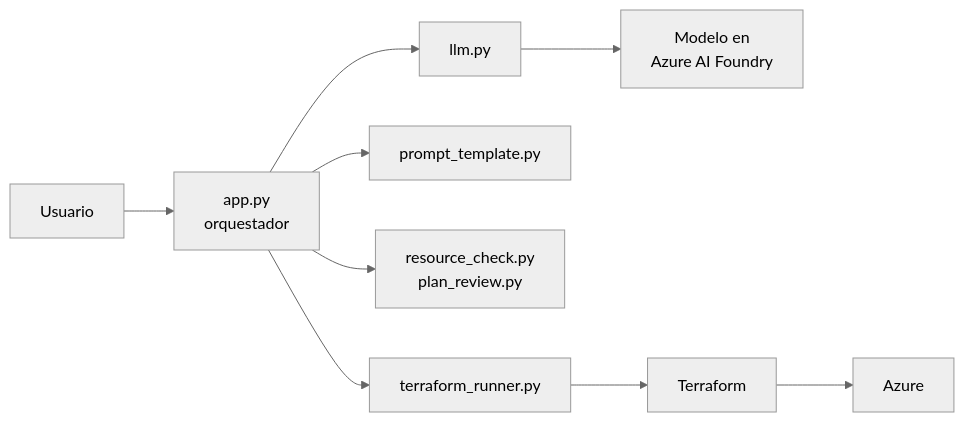
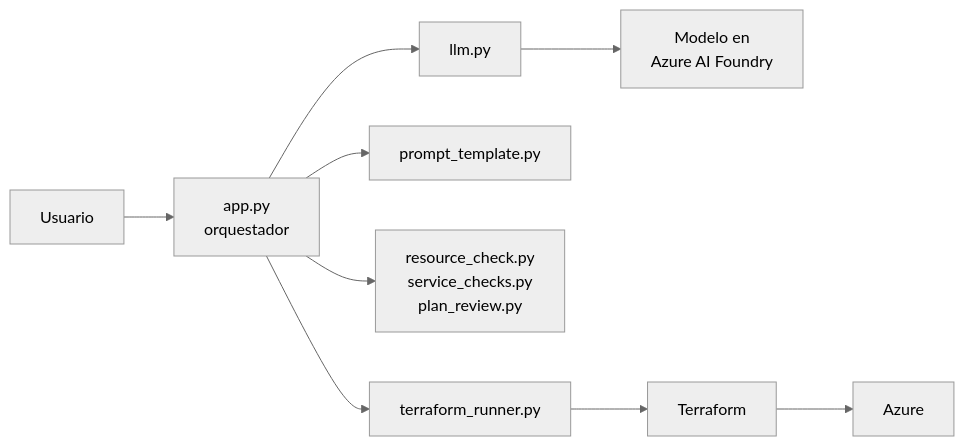
One commit to ElBaArto23/agent-IaC-terraform changed the first of 2 diagrams in README.md. Above: the diagram before and after it, drawn with Mermaid (neutral theme). The commit also changed other lines of this file and 13 other files, not shown here.

````diff
--- a/README.md
+++ b/README.md
@@ -28,11 +57,11 @@
 ```mermaid
 flowchart LR
     U["Usuario"] --> A["app.py<br/>orquestador"]
     A --> L["llm.py"]
     L --> F["Modelo en<br/>Azure AI Foundry"]
     A --> P["prompt_template.py"]
-    A --> C["resource_check.py<br/>plan_review.py"]
+    A --> C["resource_check.py<br/>service_checks.py<br/>plan_review.py"]
     A --> R["terraform_runner.py"]
     R --> T["Terraform"]
     T --> Z["Azure"]
 ```
````
